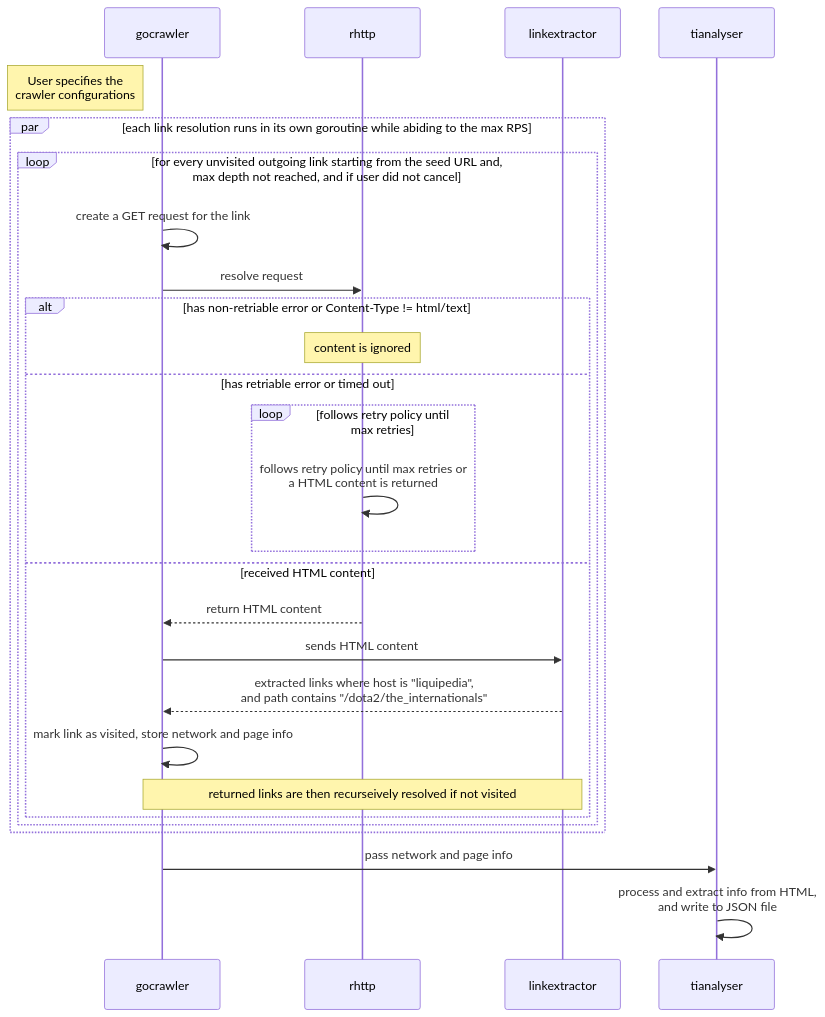
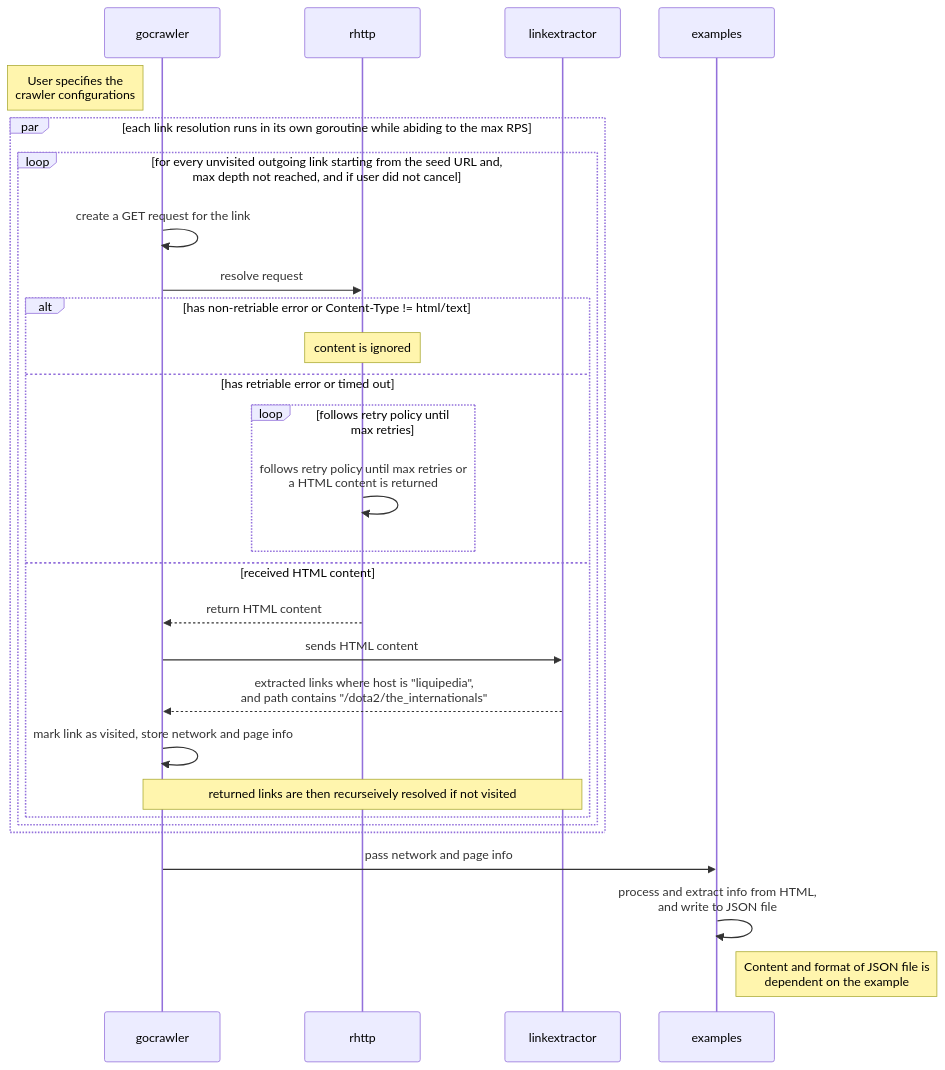
One commit to yusufaine/cs3103-gocrawler changed the diagram in example/README.md. Above: the diagram before and after it, drawn with Mermaid. The commit also changed other lines of this file and 14 other files, not shown here.

````diff
--- a/example/README.md
+++ b/example/README.md
@@ -62,27 +40,28 @@
 ```mermaid
 sequenceDiagram
     Note left of gocrawler: User specifies the <br> crawler configurations
 
     par each link resolution runs in its own goroutine while abiding to the max RPS
         loop for every unvisited outgoing link starting from the seed URL and, <br> max depth not reached, and if user did not cancel
             gocrawler ->> gocrawler: create a GET request for the link
             gocrawler ->> rhttp: resolve request
             alt has non-retriable error or Content-Type != html/text
                 Note over rhttp: content is ignored
             else has retriable error or timed out
                 loop follows retry policy until <br> max retries
                     rhttp ->> rhttp: follows retry policy until max retries or <br> a HTML content is returned
                 end
             else received HTML content
                 rhttp -->> gocrawler: return HTML content
                 gocrawler ->> linkextractor: sends HTML content
                 linkextractor -->> gocrawler: extracted links where host is "liquipedia", <br>and path contains "/dota2/the_internationals"
                 gocrawler ->> gocrawler: mark link as visited, store network and page info
                 Note over gocrawler,linkextractor: returned links are then recurseively resolved if not visited
             end
         end
     end
 
-    gocrawler ->> tianalyser: pass network and page info
-    tianalyser ->> tianalyser: process and extract info from HTML,<br> and write to JSON file
+    gocrawler ->> examples: pass network and page info
+    examples ->> examples: process and extract info from HTML,<br> and write to JSON file
+    Note right of examples: Content and format of JSON file is <br> dependent on the example
 ```
````
